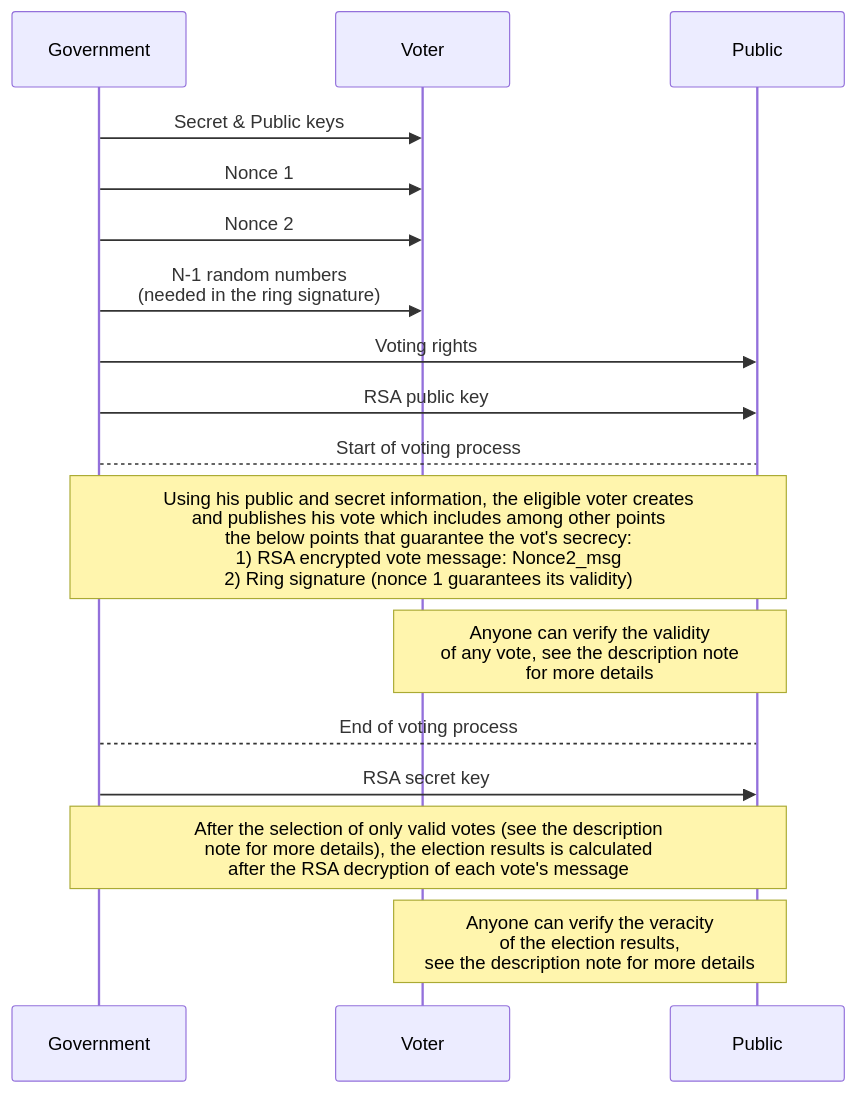
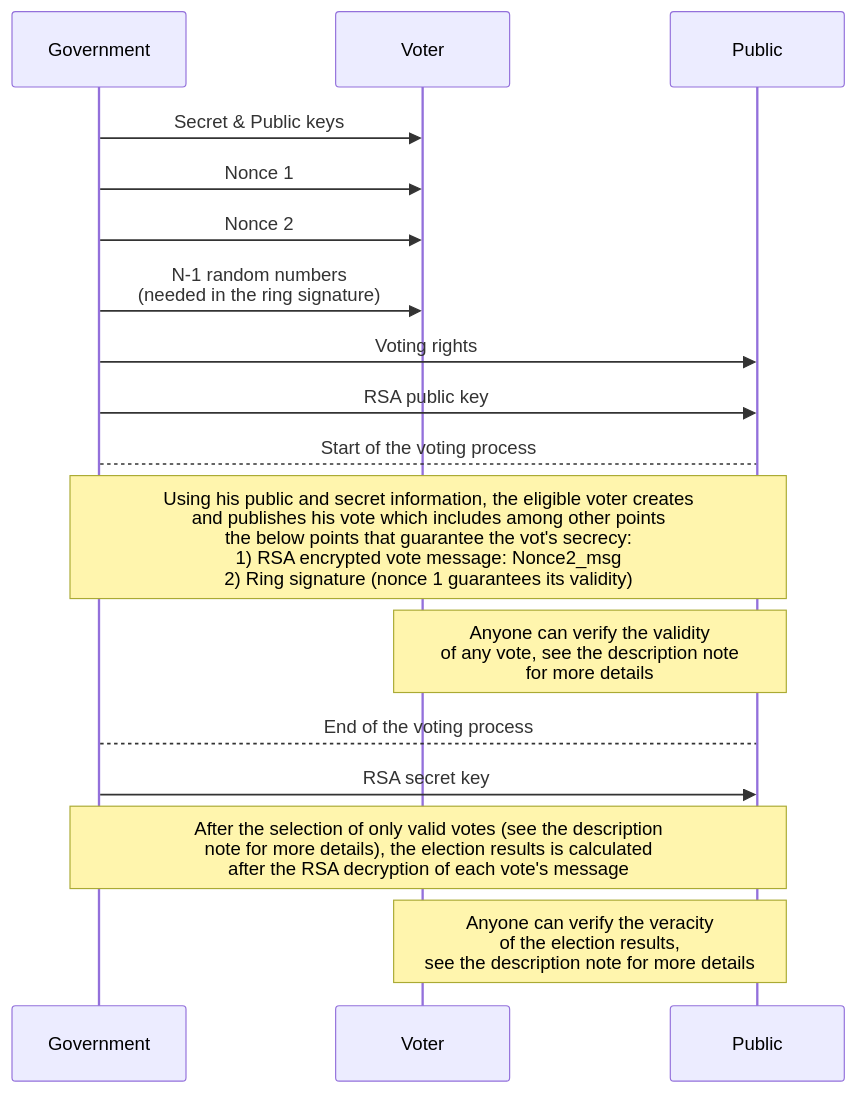
One commit to GAKht/Public-BCelec changed the diagram in README.md. Above: the diagram before and after it, drawn with Mermaid.

Commit message:
Updating README file

````diff
--- a/README.md
+++ b/README.md
@@ -11,19 +11,19 @@
 ```mermaid
 sequenceDiagram
     participant Gvt as Government
     participant V as Voter
     participant P as Public
     Gvt->>V: Secret & Public keys
     Gvt->>V: Nonce 1
     Gvt->>V: Nonce 2
     Gvt->>V: N-1 random numbers <br> (needed in the ring signature)
     Gvt->>P: Voting rights
     Gvt->>P: RSA public key
-    Gvt-->P: Start of voting process
+    Gvt-->P: Start of the voting process
     Note over Gvt,P: Using his public and secret information, the eligible voter creates <br>and publishes his vote which includes among other points<br> the below points that guarantee the vot's secrecy: <br> 1) RSA encrypted vote message: Nonce2_msg <br> 2) Ring signature (nonce 1 guarantees its validity)
     Note over V,P:  Anyone can verify the validity <br> of any vote, see the description note <br> for more details
-    Gvt-->P: End of voting process
+    Gvt-->P: End of the voting process
     Gvt->>P: RSA secret key
     Note over Gvt,P: After the selection of only valid votes (see the description  <br>note  for more details), the election results is calculated  <br>after the RSA decryption of each vote's message 
     Note over V,P:  Anyone can verify the veracity <br>of the election results, <br>see the description note  for more details
 ```
````
